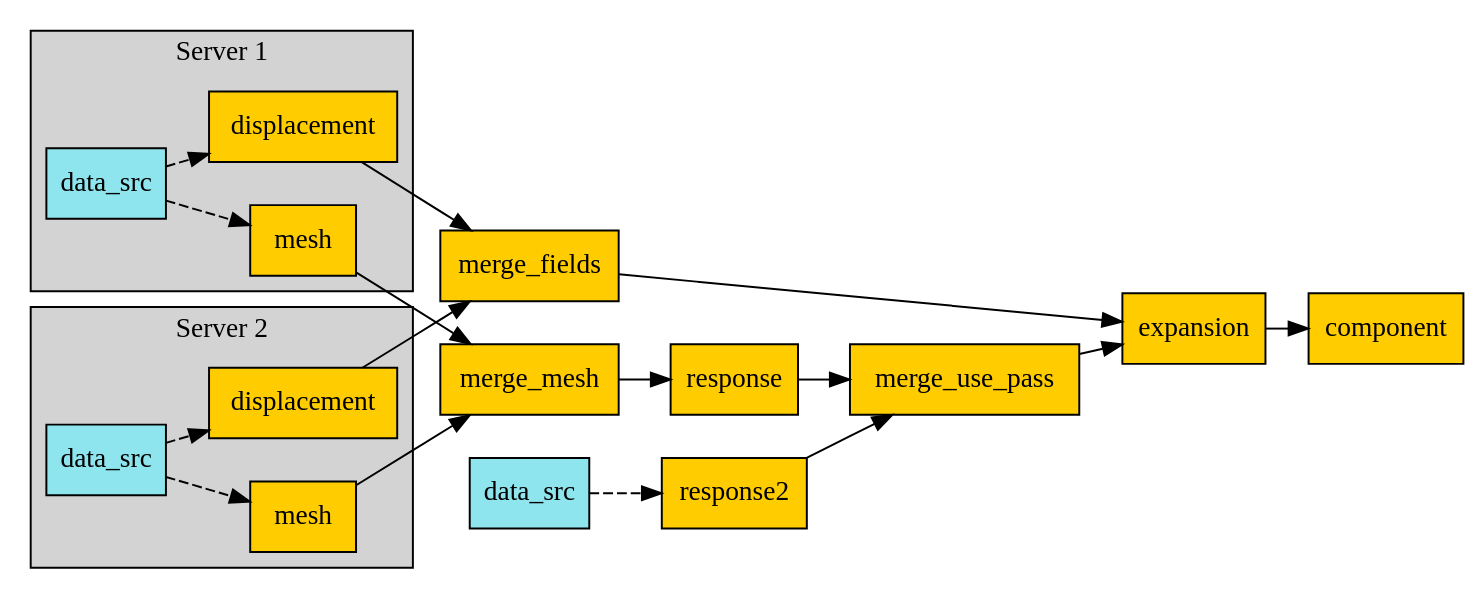
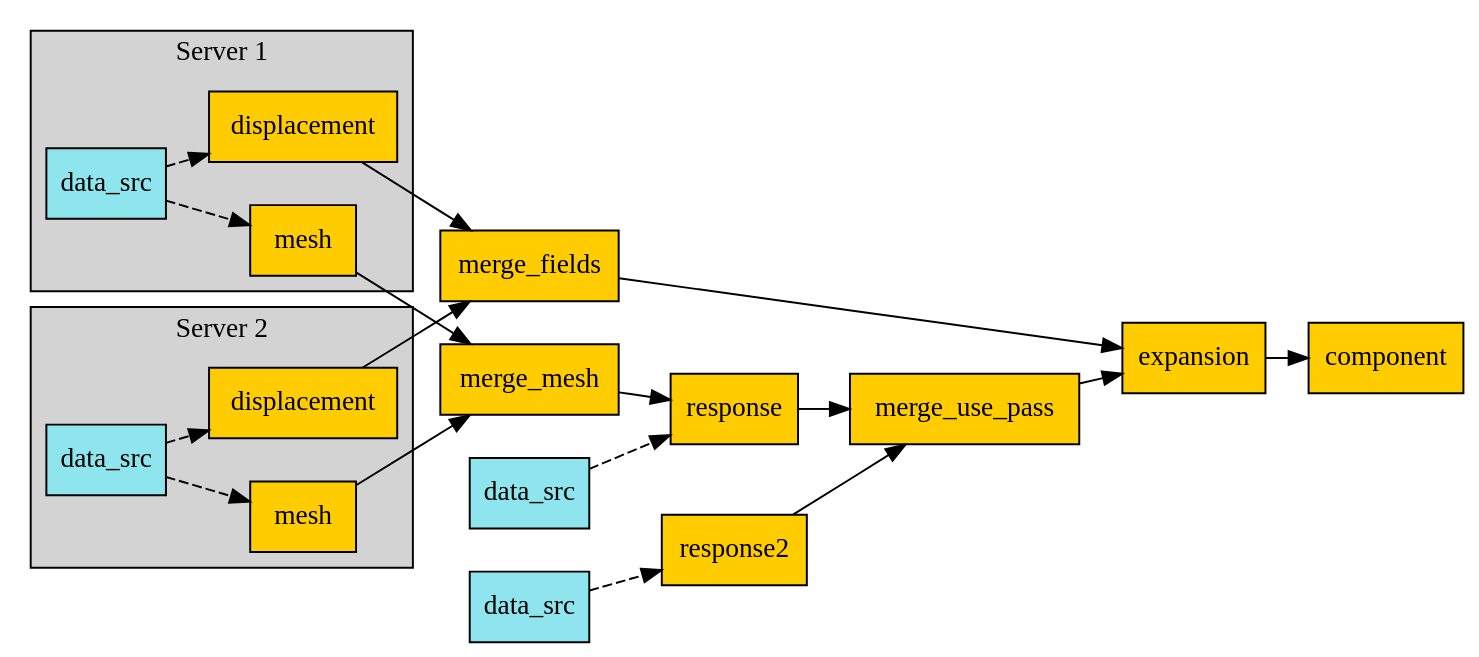
The diagram in docs/source/examples/06-distributed-post/03-operator-dep.dot (ansys/pydpf-core), drawn with Graphviz before and after one commit. The commit also changed 35 other files, not shown here.

```diff
--- a/docs/source/examples/06-distributed-post/03-operator-dep.dot
+++ b/docs/source/examples/06-distributed-post/03-operator-dep.dot
@@ -1,52 +1,54 @@
 digraph foo {
     graph [pad="0", nodesep="0.3", ranksep="0.3"]
     node [shape=box, style=filled, fillcolor="#ffcc00", margin="0"];
     rankdir=LR;
     splines=line;
 
     disp01 [label="displacement"];
     disp02 [label="displacement"];
     mesh01 [label="mesh"];
     mesh02 [label="mesh"];
 
     subgraph cluster_1 {
         ds01 [label="data_src", shape=box, style=filled, fillcolor=cadetblue2];
 
         disp01; mesh01;
 
         ds01 -> disp01 [style=dashed];
         ds01 -> mesh01 [style=dashed];
 
         label="Server 1";
         style=filled;
         fillcolor=lightgrey;
     }
 
     subgraph cluster_2 {
         ds02 [label="data_src", shape=box, style=filled, fillcolor=cadetblue2];
 
         disp02; mesh02;
 
         ds02 -> disp02 [style=dashed];
         ds02 -> mesh02 [style=dashed];
 
         label="Server 2";
         style=filled;
         fillcolor=lightgrey;
     }
 
     disp01 -> "merge_fields";
     mesh01 -> "merge_mesh";
     disp02 -> "merge_fields";
     mesh02 -> "merge_mesh";
 
     ds03 [label="data_src", shape=box, style=filled, fillcolor=cadetblue2];
     ds03 -> "response2" [style=dashed];
+    ds04 [label="data_src", shape=box, style=filled, fillcolor=cadetblue2];
+    ds04 -> "response" [style=dashed];
 
     "merge_mesh" -> "response";
     "response" -> "merge_use_pass";
     "response2" -> "merge_use_pass";
     "merge_use_pass" -> "expansion";
     "merge_fields" -> "expansion";
     "expansion" -> "component";
 }
```
